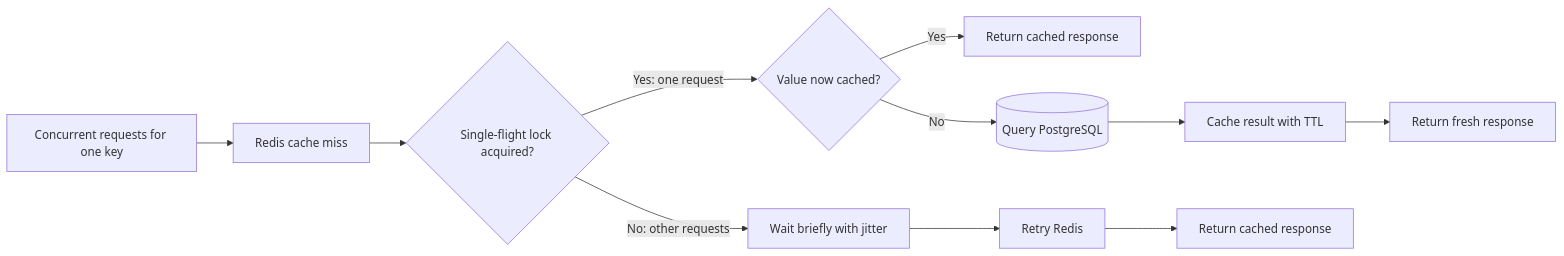
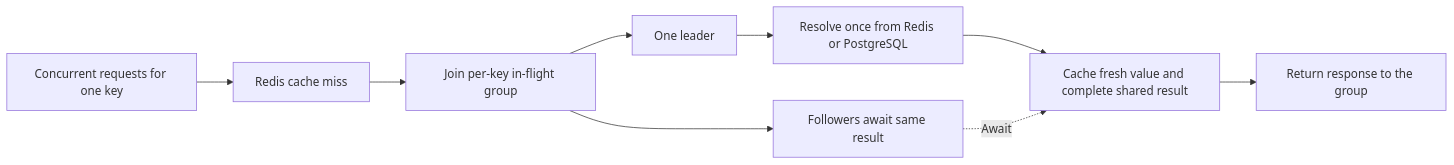
One commit to CiviMap/devops-portfolio changed the fourth of 7 diagrams in docs/architecture.md. Above: the diagram before and after it, drawn with Mermaid. The commit also changed other lines of this file, not shown here.

Commit message:
Describe request coalescing for cache misses

````diff
--- a/docs/architecture.md
+++ b/docs/architecture.md
@@ -205,15 +205,13 @@
 ```mermaid
 flowchart LR
     requests[Concurrent requests for one key] --> miss[Redis cache miss]
-    miss --> lock{Single-flight lock acquired?}
+    miss --> group[Join per-key in-flight group]
 
-    lock -->|Yes: one request| recheck{Value now cached?}
-    recheck -->|Yes| race_response[Return cached response]
-    recheck -->|No| database[(Query PostgreSQL)]
-    database --> populate[Cache result with TTL]
-    populate --> builder_response[Return fresh response]
+    group --> leader[One leader]
+    leader --> resolve[Resolve once from Redis or PostgreSQL]
+    resolve --> complete[Cache fresh value and complete shared result]
 
-    lock -->|No: other requests| wait[Wait briefly with jitter]
-    wait --> retry[Retry Redis]
-    retry --> cached_response[Return cached response]
+    group --> followers[Followers await same result]
+    followers -.->|Await| complete
+    complete --> responses[Return response to the group]
 ```
````
